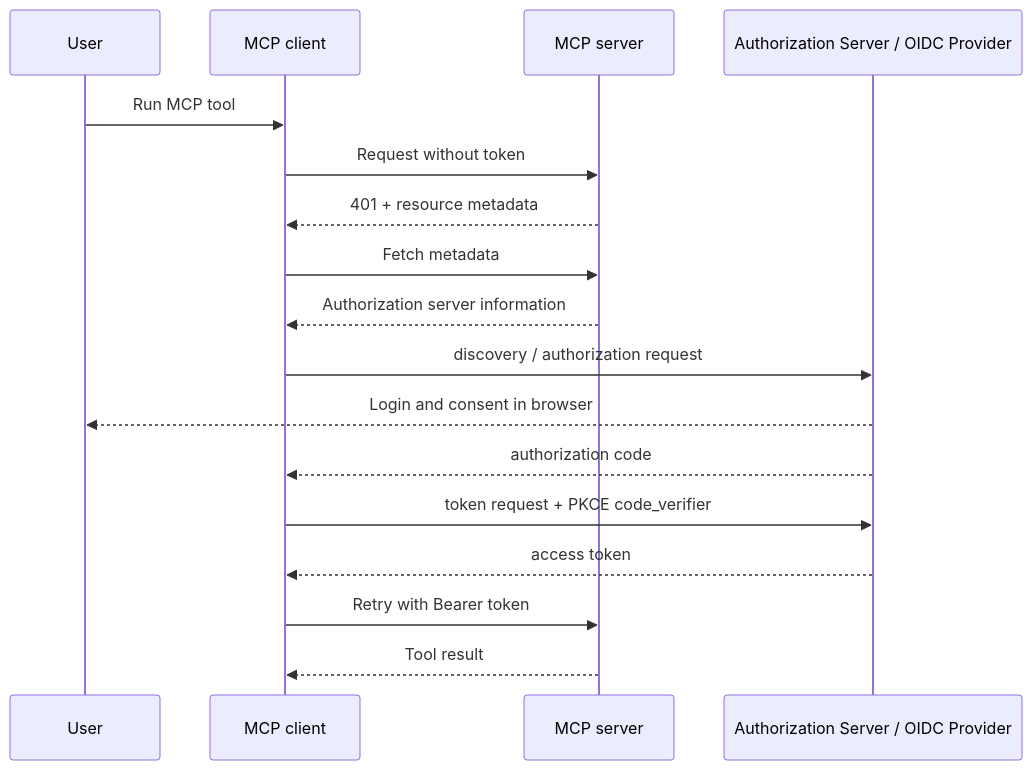
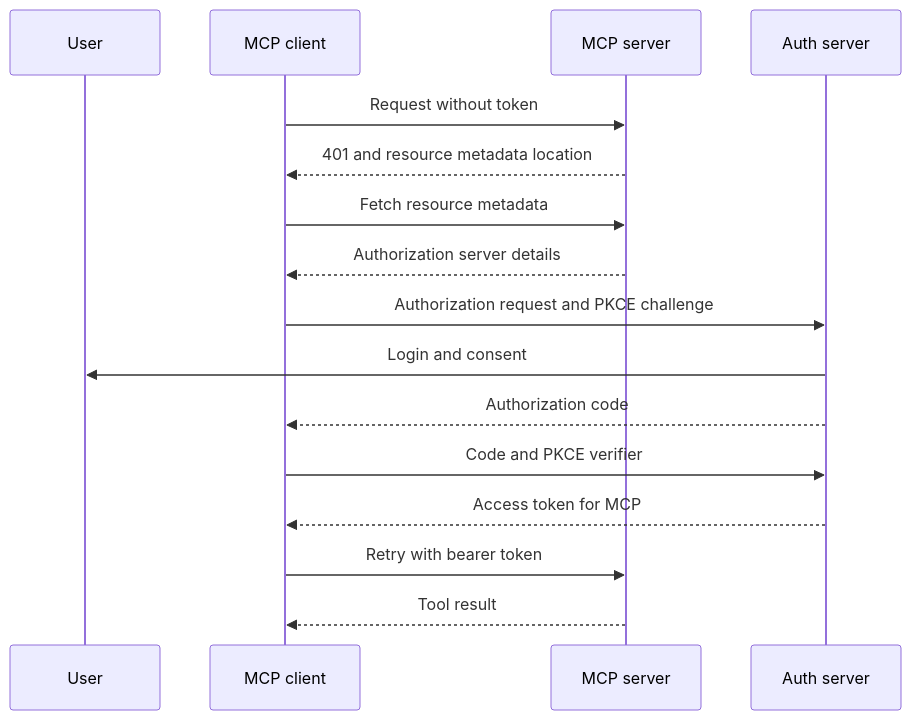
The second of 4 diagrams in articles/report/oauth21-pkce-mcp-auth/en/index.mdx (daylight55/research), drawn with Mermaid before and after one commit. The commit also changed other lines of this file and 181 other files, not shown here.

First line of the commit message:
全記事の図解368点を再生成し、共通注意書きを削除 (#402)

````diff
--- a/articles/report/oauth21-pkce-mcp-auth/en/index.mdx
+++ b/articles/report/oauth21-pkce-mcp-auth/en/index.mdx
@@ -64,20 +71,20 @@
 ```mermaid
 sequenceDiagram
-  participant User as User
-  participant Client as MCP client
-  participant MCP as MCP server
-  participant AS as Authorization Server / OIDC Provider
-
-  User->>Client: Run MCP tool
-  Client->>MCP: Request without token
-  MCP-->>Client: 401 + resource metadata
-  Client->>MCP: Fetch metadata
-  MCP-->>Client: Authorization server information
-  Client->>AS: discovery / authorization request
-  AS-->>User: Login and consent in browser
-  AS-->>Client: authorization code
-  Client->>AS: token request + PKCE code_verifier
-  AS-->>Client: access token
-  Client->>MCP: Retry with Bearer token
-  MCP-->>Client: Tool result
+  accTitle: Retry an MCP request with authorization code and PKCE
+  accDescr: Discover authorization after a 401, then obtain a token with PKCE after user consent. The token targets the MCP resource.
+  participant U as User
+  participant C as MCP client
+  participant M as MCP server
+  participant A as Auth server
+  C->>M: Request without token
+  M-->>C: 401 and resource metadata location
+  C->>M: Fetch resource metadata
+  M-->>C: Authorization server details
+  C->>A: Authorization request and PKCE challenge
+  A->>U: Login and consent
+  A-->>C: Authorization code
+  C->>A: Code and PKCE verifier
+  A-->>C: Access token for MCP
+  C->>M: Retry with bearer token
+  M-->>C: Tool result
 ```
````
